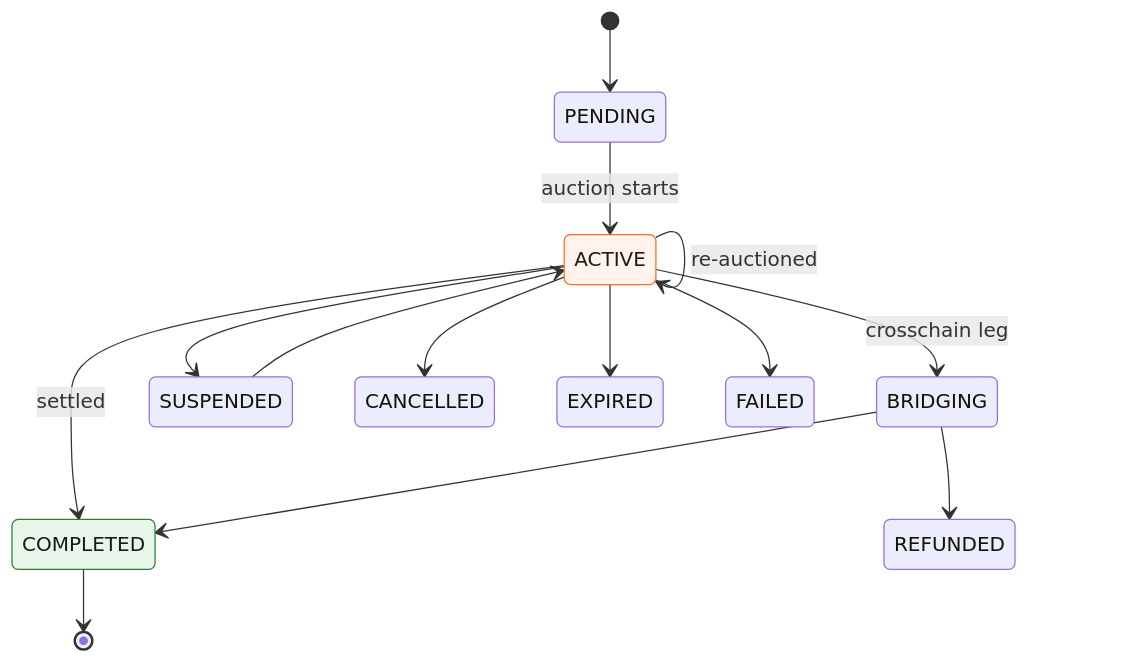
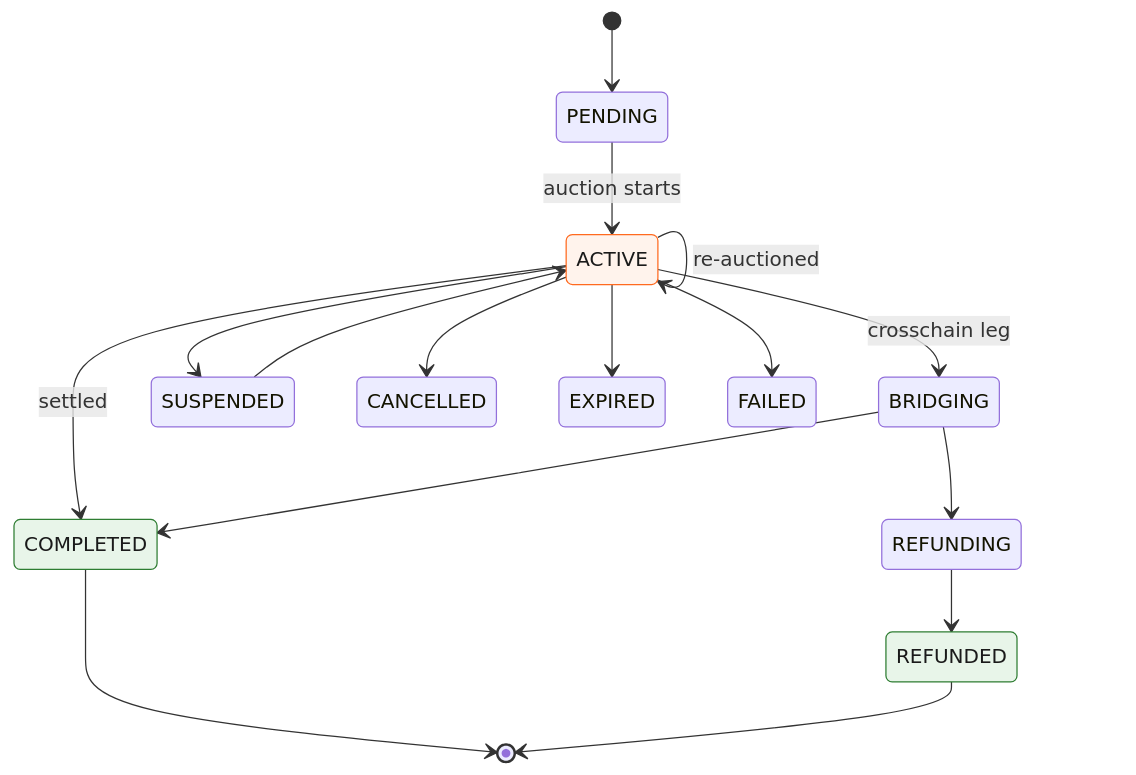
One commit to VeloraDEX/docs changed the third of 3 diagrams in solver-network/portikus.mdx. Above: the diagram before and after it, drawn with Mermaid. The commit also changed 8 other files, not shown here.

````diff
--- a/solver-network/portikus.mdx
+++ b/solver-network/portikus.mdx
@@ -88,22 +88,25 @@
 ```mermaid
 stateDiagram-v2
   classDef live fill:#FFF3EC,color:#1a1a1a,stroke:#FF6A1F
   classDef done fill:#E8F5E9,color:#1a1a1a,stroke:#2E7D32
 
   [*] --> PENDING
   PENDING --> ACTIVE : auction starts
   ACTIVE --> ACTIVE : re-auctioned
   ACTIVE --> COMPLETED : settled
   ACTIVE --> BRIDGING : crosschain leg
   BRIDGING --> COMPLETED
-  BRIDGING --> REFUNDED
+  BRIDGING --> REFUNDING
+  REFUNDING --> REFUNDED
   ACTIVE --> SUSPENDED
   SUSPENDED --> ACTIVE
   ACTIVE --> CANCELLED
   ACTIVE --> EXPIRED
   ACTIVE --> FAILED
   COMPLETED --> [*]
+  REFUNDED --> [*]
 
   class ACTIVE live
   class COMPLETED done
+  class REFUNDED done
 ```
````
